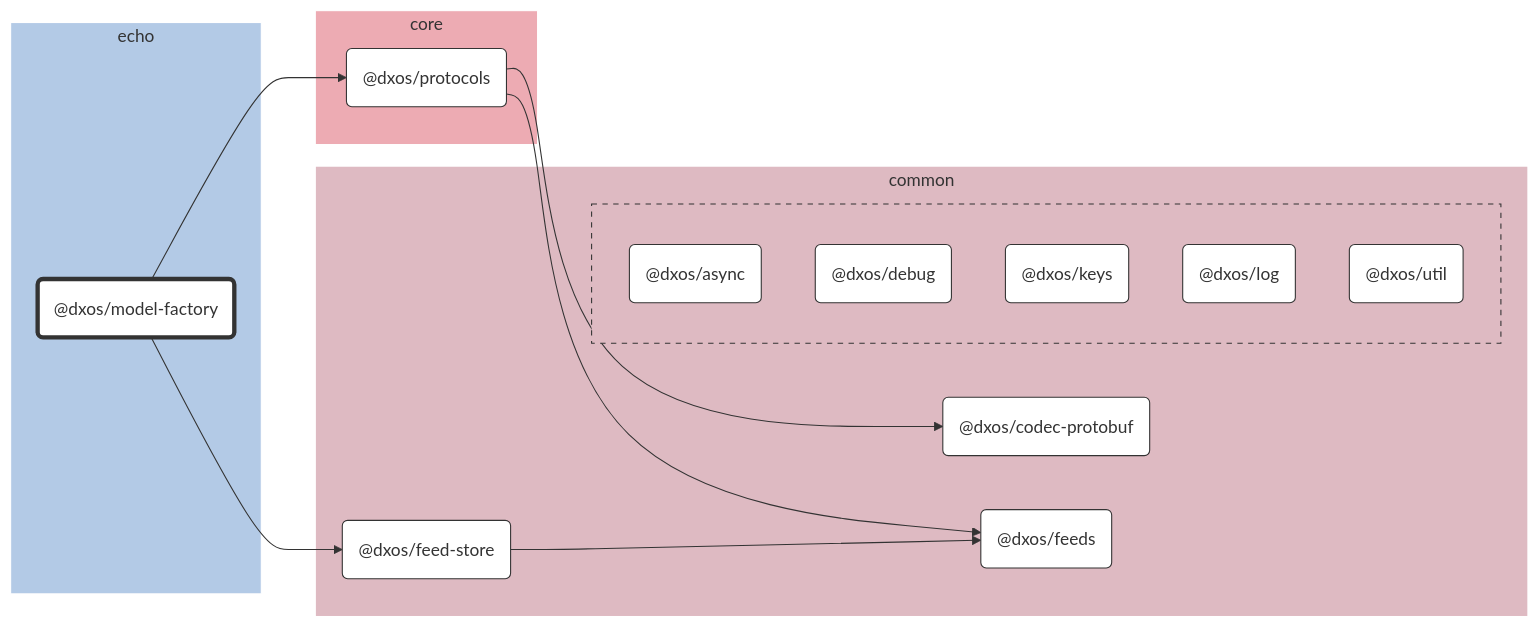
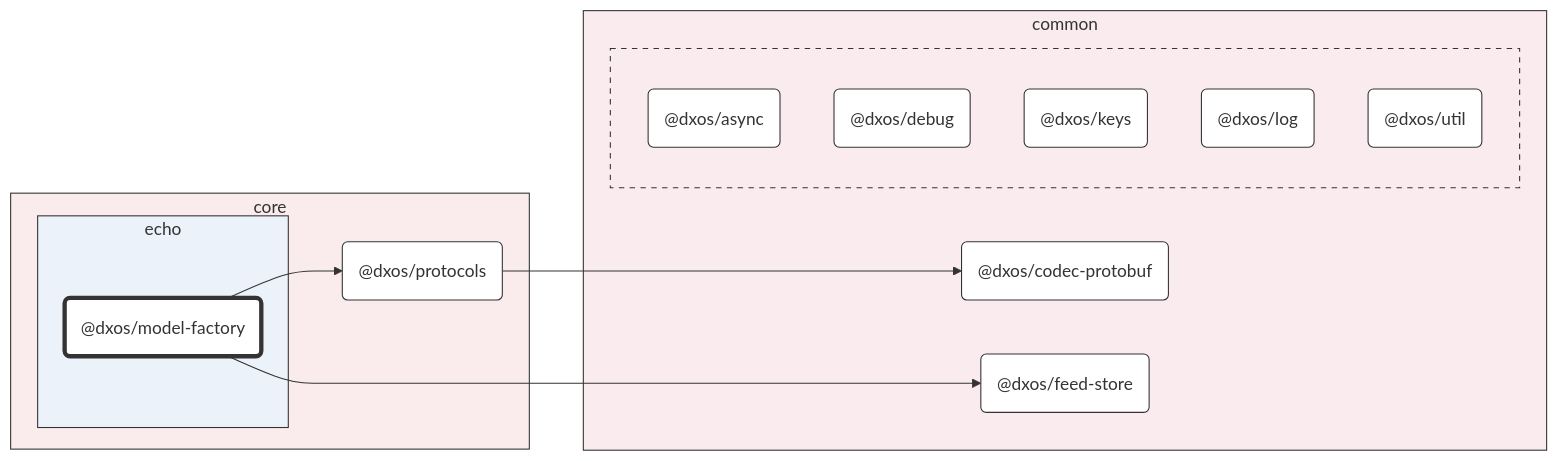
Before and after one commit to dxos/dxos: the diagram in packages/core/echo/model-factory/docs/README.md, drawn with Mermaid. The commit also changed other lines of this file and 93 other files, not shown here.

First line of the commit message:
chore: hierarchical graphs. (#1583)

````diff
--- a/packages/core/echo/model-factory/docs/README.md
+++ b/packages/core/echo/model-factory/docs/README.md
@@ -7,55 +7,51 @@
 ```mermaid
 %%{ init: {'flowchart':{'curve':'basis'}} }%%
 
 flowchart LR
 
 %% Classes
 classDef def fill:#fff,stroke:#333,stroke-width:1px
 classDef root fill:#fff,stroke:#333,stroke-width:4px
 
 %% Nodes
 
-subgraph echo [echo]
-  style echo fill:#b3cae6,stroke:#fff
-  dxos/model-factory("@dxos/model-factory"):::root
-  click dxos/model-factory "dxos/dxos/tree/main/packages/core/echo/model-factory/docs"
+subgraph core [core]
+  style core fill:#faebec,stroke:#333
+  dxos/protocols("@dxos/protocols"):::def
+  click dxos/protocols "dxos/dxos/tree/main/packages/core/protocols/docs"
+
+  subgraph echo [echo]
+    style echo fill:#ebf2fa,stroke:#333
+    dxos/model-factory("@dxos/model-factory"):::root
+    click dxos/model-factory "dxos/dxos/tree/main/packages/core/echo/model-factory/docs"
+  end
 end
 
 subgraph common [common]
-  style common fill:#debac2,stroke:#fff
+  style common fill:#faebee,stroke:#333
   dxos/codec-protobuf("@dxos/codec-protobuf"):::def
   click dxos/codec-protobuf "dxos/dxos/tree/main/packages/common/codec-protobuf/docs"
   dxos/feed-store("@dxos/feed-store"):::def
   click dxos/feed-store "dxos/dxos/tree/main/packages/common/feed-store/docs"
-  dxos/feeds("@dxos/feeds"):::def
-  click dxos/feeds "dxos/dxos/tree/main/packages/common/feeds/docs"
 
-  subgraph common-excluded [ ]
-    style common-excluded fill:#debac2,stroke:#333,stroke-dasharray:5 5
+  subgraph _ [ ]
+    style _ fill:#faebee,stroke:#333,stroke-dasharray:5 5
     dxos/async("@dxos/async"):::def
     click dxos/async "dxos/dxos/tree/main/packages/common/async/docs"
     dxos/debug("@dxos/debug"):::def
     click dxos/debug "dxos/dxos/tree/main/packages/common/debug/docs"
     dxos/keys("@dxos/keys"):::def
     click dxos/keys "dxos/dxos/tree/main/packages/common/keys/docs"
     dxos/log("@dxos/log"):::def
     click dxos/log "dxos/dxos/tree/main/packages/common/log/docs"
     dxos/util("@dxos/util"):::def
     click dxos/util "dxos/dxos/tree/main/packages/common/util/docs"
   end
 end
 
-subgraph core [core]
-  style core fill:#edabb3,stroke:#fff
-  dxos/protocols("@dxos/protocols"):::def
-  click dxos/protocols "dxos/dxos/tree/main/packages/core/protocols/docs"
-end
-
 %% Links
 linkStyle default stroke:#333,stroke-width:1px
 dxos/model-factory --> dxos/feed-store
-dxos/feed-store --> dxos/feeds
 dxos/model-factory --> dxos/protocols
 dxos/protocols --> dxos/codec-protobuf
-dxos/protocols --> dxos/feeds
 ```
````
